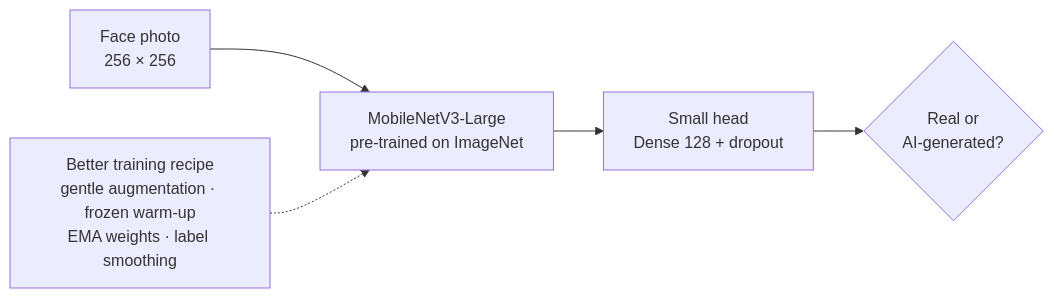
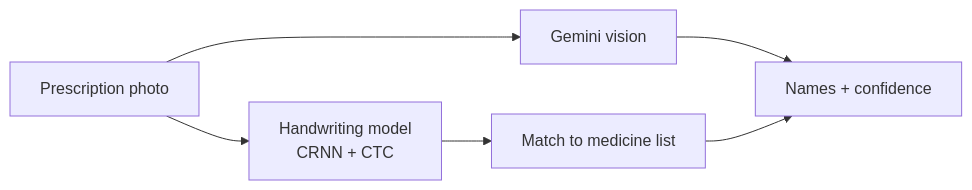
Before and after one commit to Armanbro007/Armanbro007: the diagram in README.md, drawn with Mermaid. The commit also changed other lines of this file and 7 other files, not shown here.

````diff
--- a/README.md
+++ b/README.md
@@ -21,7 +30,8 @@
 ```mermaid
 flowchart LR
-    A[Face photo<br/>256 × 256] --> B[MobileNetV3-Large<br/>pre-trained on ImageNet]
-    B --> C[Small head<br/>Dense 128 + dropout]
-    C --> D{Real or<br/>AI-generated?}
-    E[Better training recipe<br/>gentle augmentation · frozen warm-up<br/>EMA weights · label smoothing] -.-> B
+    A[Prescription photo] --> B[Handwriting model<br/>CRNN + CTC]
+    A --> C[Gemini vision]
+    B --> D[Match to medicine list]
+    C --> E[Names + confidence]
+    D --> E
 ```
````
